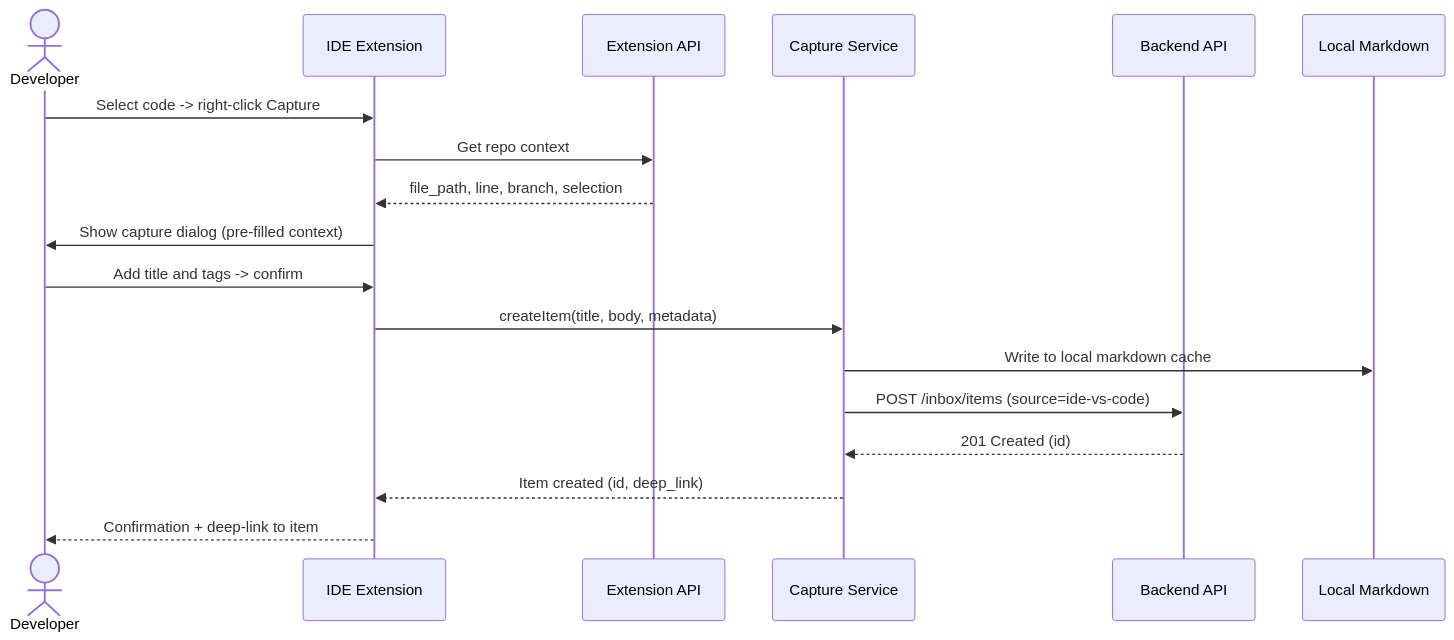
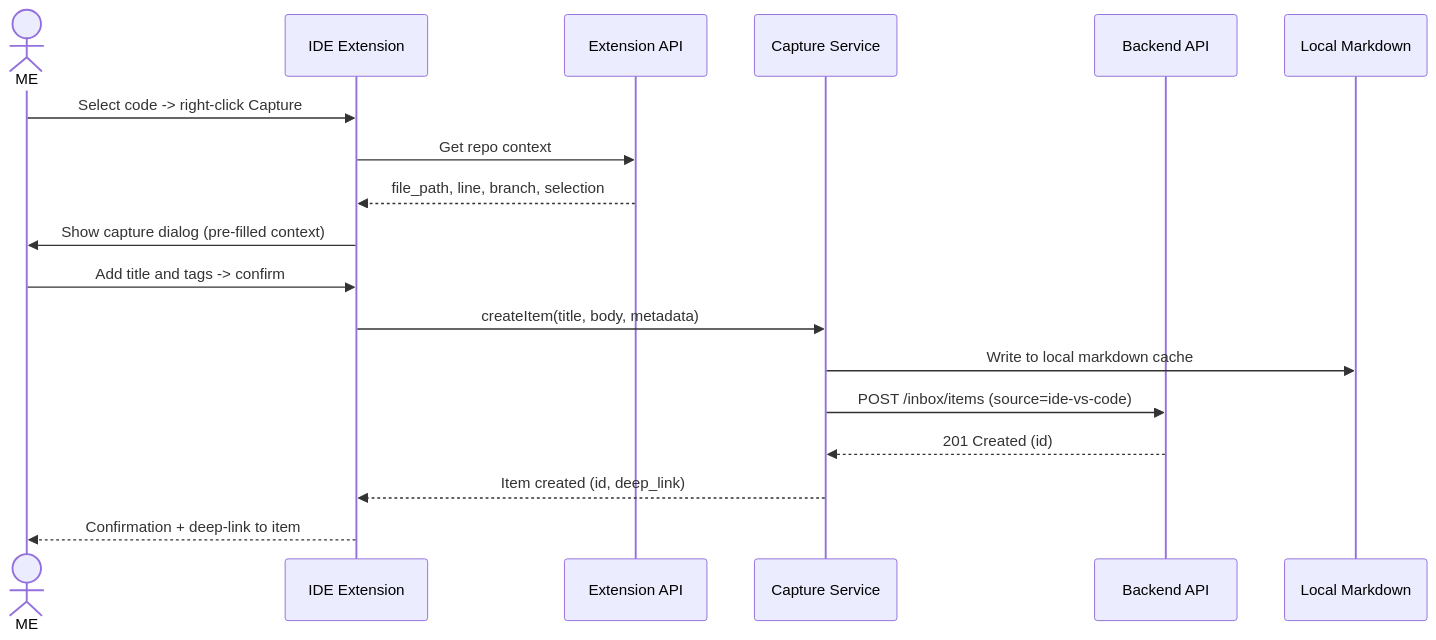
One commit to JSdotNet/Backlog changed the fifth of 7 diagrams in .arc42/06-runtime-view.md. Above: the diagram before and after it, drawn with Mermaid. The commit also changed other lines of this file and 3 other files, not shown here.

````diff
--- a/.arc42/06-runtime-view.md
+++ b/.arc42/06-runtime-view.md
@@ -157,21 +157,21 @@
 ```mermaid
 sequenceDiagram
-    actor Dev as Developer
+    actor ME
     participant IDE as IDE Extension
     participant Ext as Extension API
     participant Capture as Capture Service
     participant API as Backend API
     participant Store as Local Markdown
 
-    Dev->>IDE: Select code -> right-click Capture
+    ME->>IDE: Select code -> right-click Capture
     IDE->>Ext: Get repo context
     Ext-->>IDE: file_path, line, branch, selection
-    IDE->>Dev: Show capture dialog (pre-filled context)
-    Dev->>IDE: Add title and tags -> confirm
+    IDE->>ME: Show capture dialog (pre-filled context)
+    ME->>IDE: Add title and tags -> confirm
     IDE->>Capture: createItem(title, body, metadata)
     Capture->>Store: Write to local markdown cache
     Capture->>API: POST /inbox/items (source=ide-vs-code)
     API-->>Capture: 201 Created (id)
     Capture-->>IDE: Item created (id, deep_link)
-    IDE-->>Dev: Confirmation + deep-link to item
+    IDE-->>ME: Confirmation + deep-link to item
 ```
````
